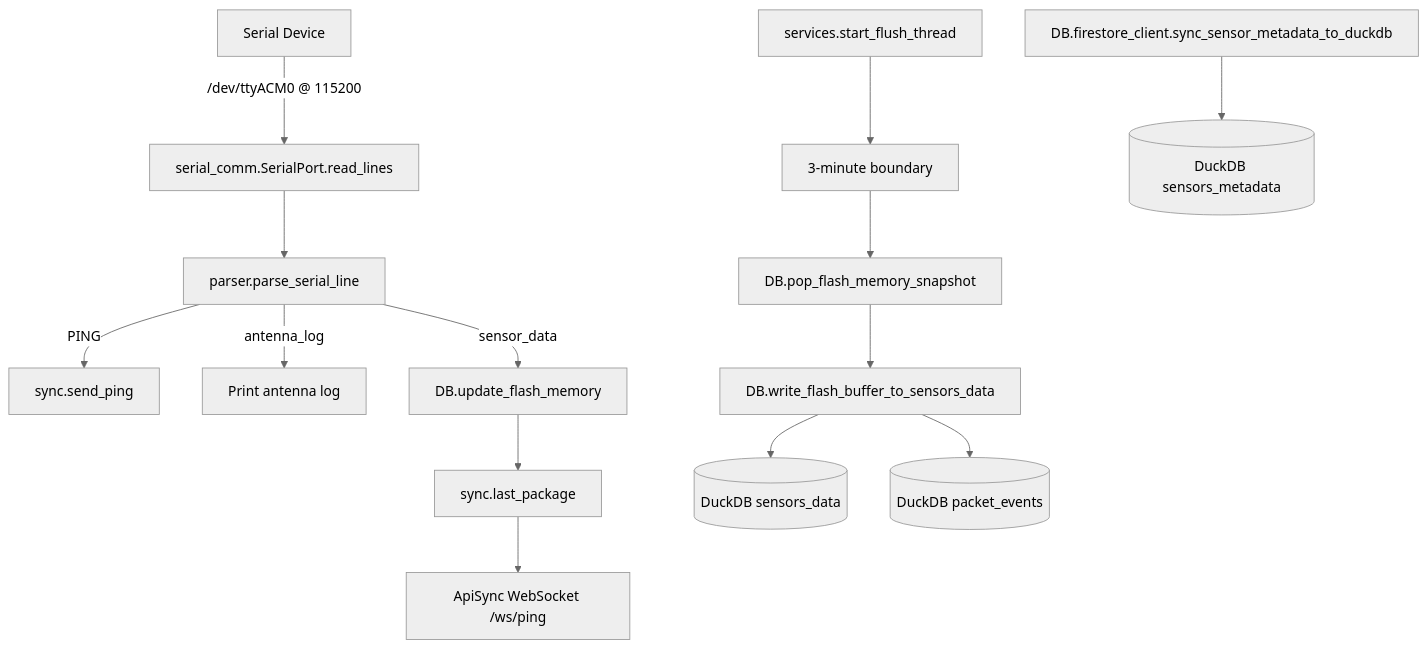
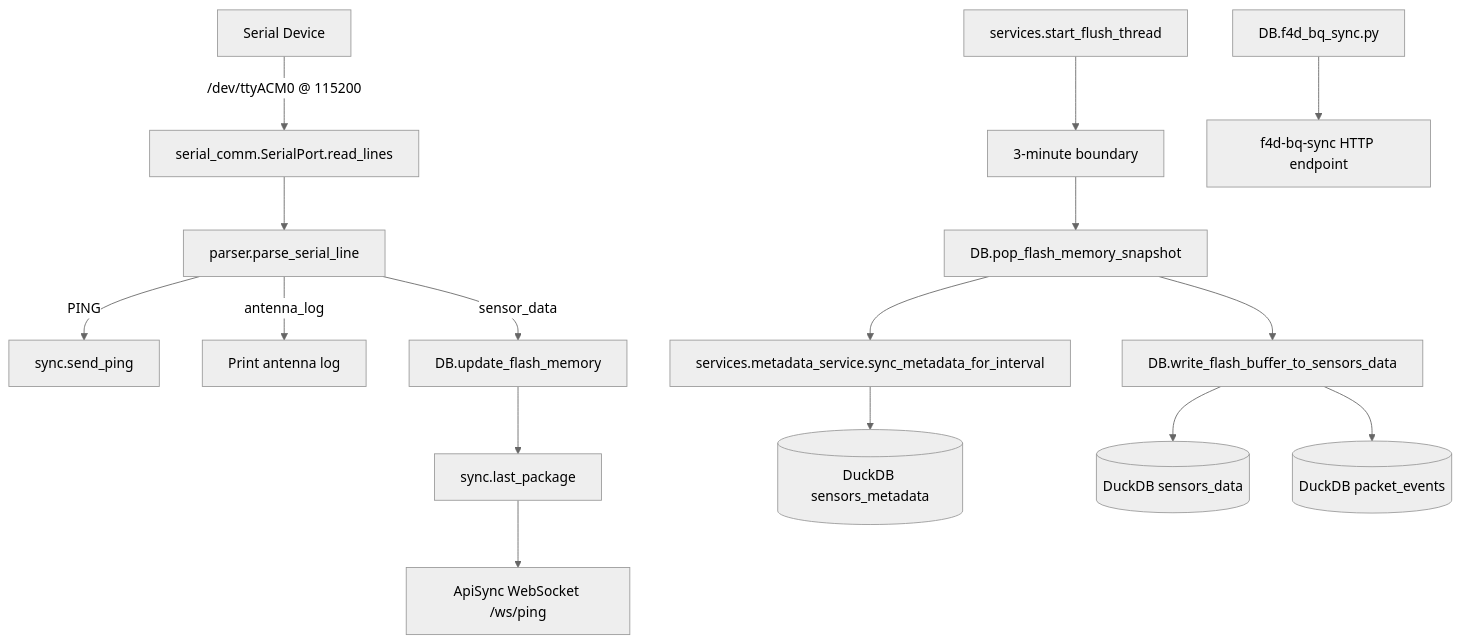
The first of 2 diagrams in F4D_python/README.md (field-4d/cloud), drawn with Mermaid (neutral theme) before and after one commit. The commit also changed other lines of this file and 6 other files, not shown here.

````diff
--- a/F4D_python/README.md
+++ b/F4D_python/README.md
@@ -22,20 +23,22 @@
 ```mermaid
 flowchart TD
   A[Serial Device] -->|/dev/ttyACM0 @ 115200| B[serial_comm.SerialPort.read_lines]
   B --> C[parser.parse_serial_line]
 
   C -->|PING| D[sync.send_ping]
   C -->|antenna_log| E[Print antenna log]
   C -->|sensor_data| F[DB.update_flash_memory]
 
   F --> G[sync.last_package]
   G --> H[ApiSync WebSocket /ws/ping]
 
   I[services.start_flush_thread] --> J[3-minute boundary]
   J --> K[DB.pop_flash_memory_snapshot]
+  K --> N[services.metadata_service.sync_metadata_for_interval]
+  N --> O[(DuckDB sensors_metadata)]
   K --> L[DB.write_flash_buffer_to_sensors_data]
   L --> M[(DuckDB sensors_data)]
   L --> P[(DuckDB packet_events)]
 
-  N[DB.firestore_client.sync_sensor_metadata_to_duckdb] --> O[(DuckDB sensors_metadata)]
+  Q[DB.f4d_bq_sync.py] --> R[f4d-bq-sync HTTP endpoint]
 ```
````
